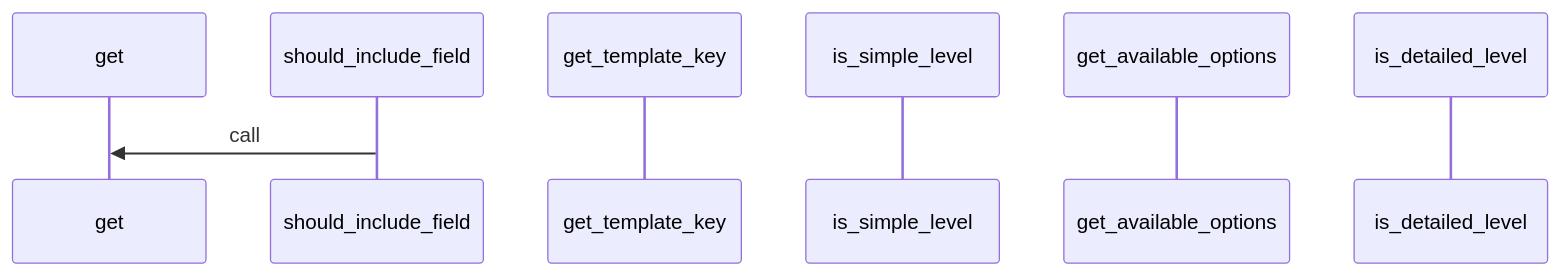
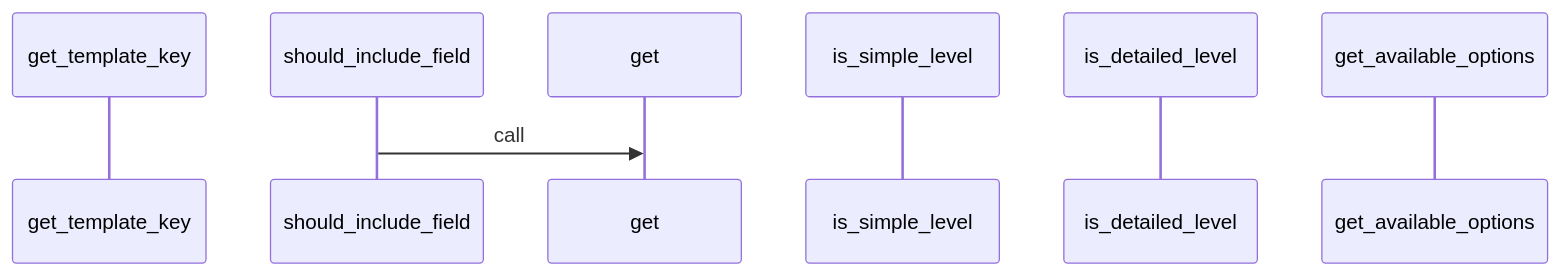
Before and after one commit to yeonjae-personal/codemuse-backend: the third of 4 diagrams in generated_docs/rule_analyzer/formatters/options/formatting_options.md, drawn with Mermaid. The commit also changed other lines of this file and 3378 other files, not shown here.

````diff
--- a/generated_docs/rule_analyzer/formatters/options/formatting_options.md
+++ b/generated_docs/rule_analyzer/formatters/options/formatting_options.md
@@ -239,10 +239,10 @@
 ```mermaid
 sequenceDiagram
+  participant get_template_key as get_template_key
+  participant should_include_field as should_include_field
   participant get as get
-  participant should_include_field as should_include_field
-  participant get_template_key as get_template_key
   participant is_simple_level as is_simple_level
+  participant is_detailed_level as is_detailed_level
   participant get_available_options as get_available_options
-  participant is_detailed_level as is_detailed_level
   should_include_field->>get: call
 ```
````
